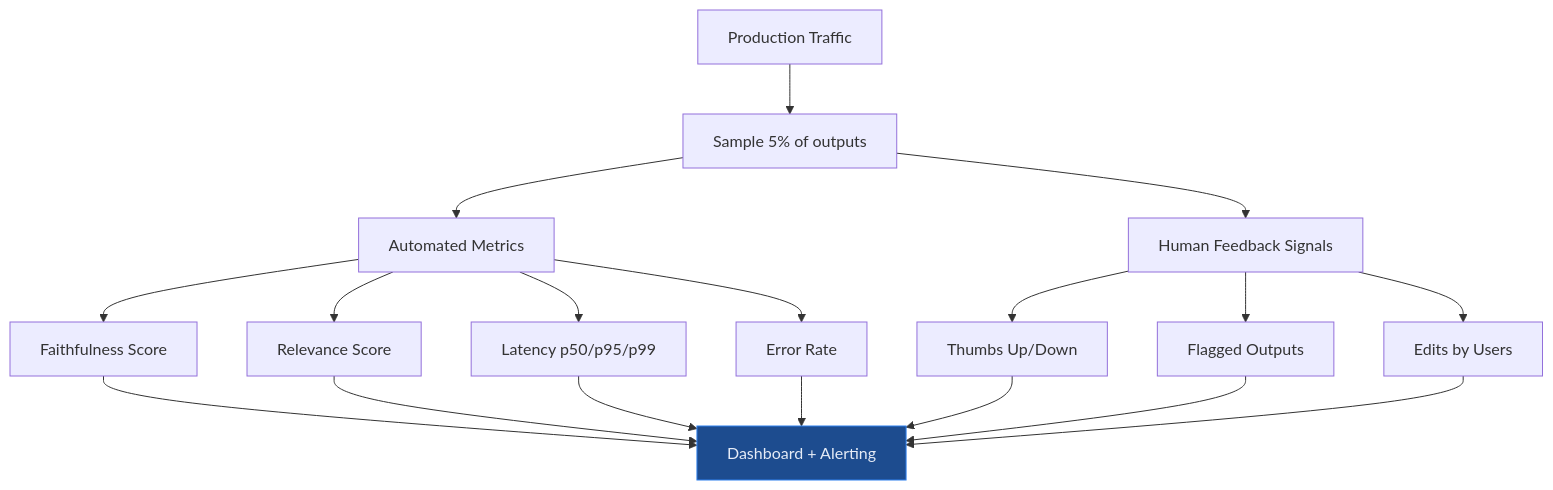
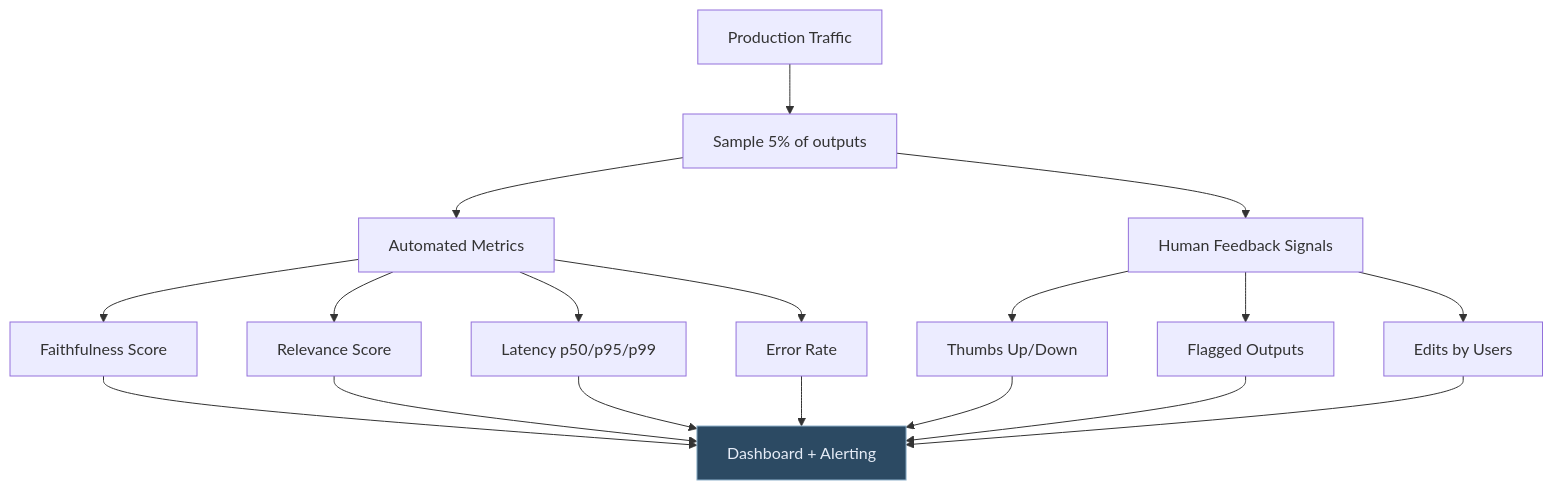
Before and after one commit to lorvexai/lorvexai: the fifth of 5 diagrams in blog/llm-evaluation-in-production.md, drawn with Mermaid. The commit also changed other lines of this file and 16 other files, not shown here.

First line of the commit message:
Retune hardcoded Mermaid node colors to match the site palette

````diff
--- a/blog/llm-evaluation-in-production.md
+++ b/blog/llm-evaluation-in-production.md
@@ -187,25 +187,25 @@
 ```mermaid
 flowchart TD
     P[Production Traffic] --> SA[Sample 5% of outputs]
     SA --> AM[Automated Metrics]
     SA --> HF[Human Feedback Signals]
 
     AM --> FL[Faithfulness Score]
     AM --> RE[Relevance Score]
     AM --> LA[Latency p50/p95/p99]
     AM --> ER[Error Rate]
 
     HF --> TH[Thumbs Up/Down]
     HF --> FL2[Flagged Outputs]
     HF --> ED[Edits by Users]
 
     FL --> DA[Dashboard + Alerting]
     RE --> DA
     LA --> DA
     ER --> DA
     TH --> DA
     FL2 --> DA
     ED --> DA
 
-    style DA fill:#1D4C8F,stroke:#2F80ED,color:#E6ECF7
+    style DA fill:#2C4A63,stroke:#8FB2CC,color:#E6ECF7
 ```
````
